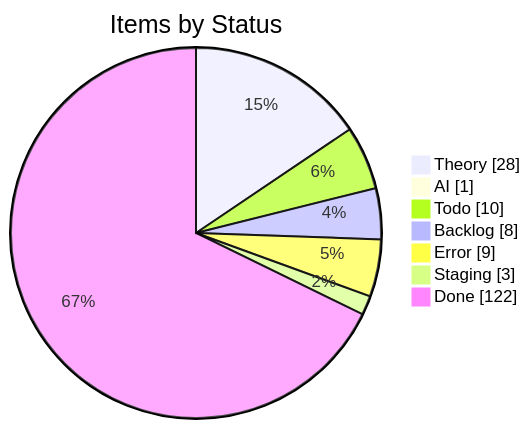
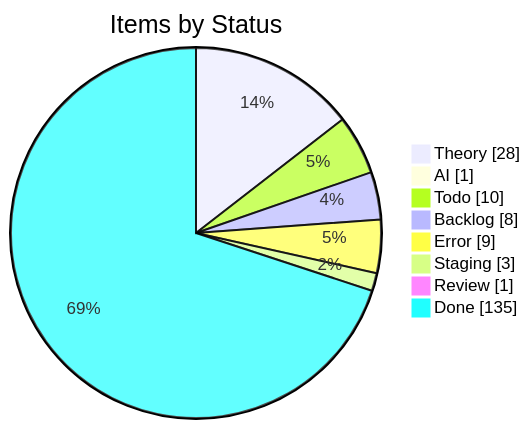
Before and after one commit to KBVE/kbve: the first of 4 diagrams in apps/kbve/astro-kbve/src/content/docs/dashboard/kanban-data.mdx, drawn with Mermaid. The commit also changed other lines of this file and 8 other files, not shown here.

````diff
--- a/apps/kbve/astro-kbve/src/content/docs/dashboard/kanban-data.mdx
+++ b/apps/kbve/astro-kbve/src/content/docs/dashboard/kanban-data.mdx
@@ -55,11 +55,12 @@
 ```mermaid
 pie showData
     title Items by Status
     "Theory" : 28
     "AI" : 1
     "Todo" : 10
     "Backlog" : 8
     "Error" : 9
     "Staging" : 3
-    "Done" : 122
+    "Review" : 1
+    "Done" : 135
 ```
````
